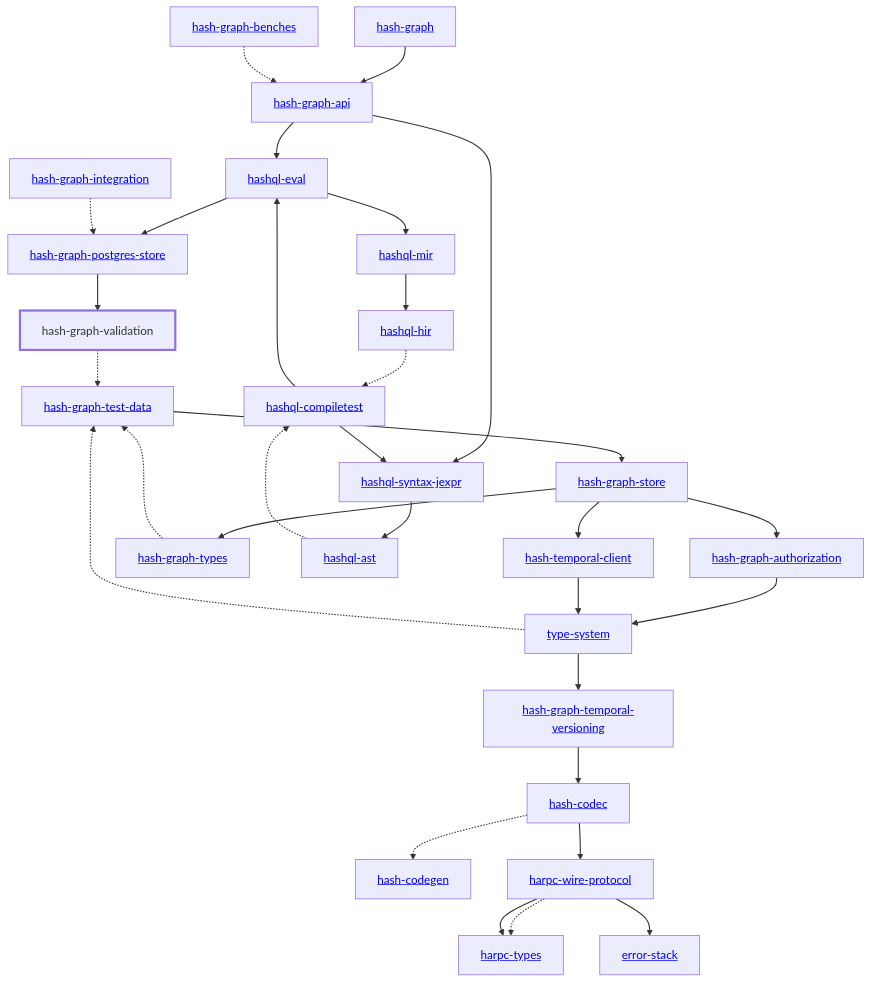
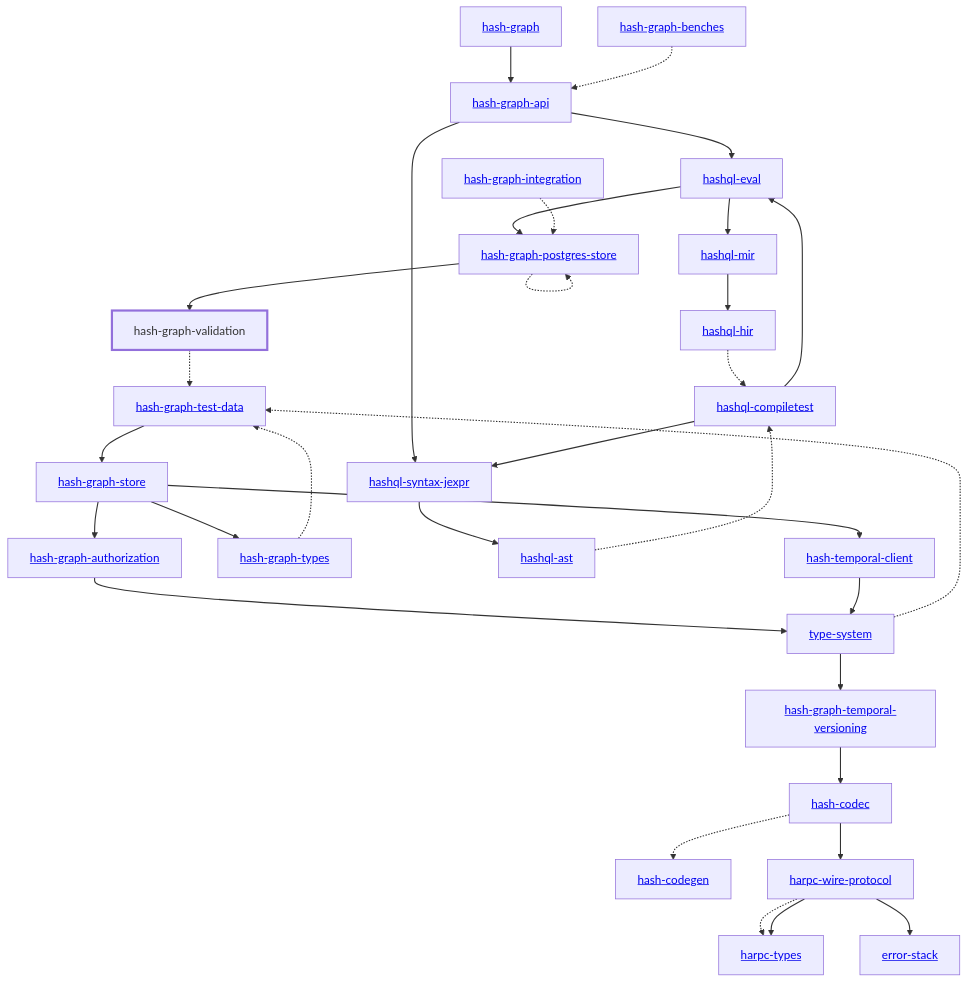
The diagram in libs/@local/graph/validation/docs/dependency-diagram.mmd (AKJUS/akin-hash), drawn with Mermaid before and after one commit. The commit also changed 93 other files, not shown here.

```diff
--- a/libs/@local/graph/validation/docs/dependency-diagram.mmd
+++ b/libs/@local/graph/validation/docs/dependency-diagram.mmd
@@ -1,65 +1,66 @@
 graph TD
     linkStyle default stroke-width:1.5px
     classDef default stroke-width:1px
     classDef root stroke-width:3px
     classDef dev stroke-width:1px
     classDef build stroke-width:1px
     %% Legend
     %% --> : Normal dependency
     %% -.-> : Dev dependency
     %% ---> : Build dependency
     0[<a href="../hash_graph/index.html">hash-graph</a>]
     1[<a href="../type_system/index.html">type-system</a>]
     2[<a href="../hash_codec/index.html">hash-codec</a>]
     3[<a href="../hash_codegen/index.html">hash-codegen</a>]
     4[<a href="../hash_graph_api/index.html">hash-graph-api</a>]
     5[<a href="../hash_graph_authorization/index.html">hash-graph-authorization</a>]
     6[<a href="../hash_graph_postgres_store/index.html">hash-graph-postgres-store</a>]
     7[<a href="../hash_graph_store/index.html">hash-graph-store</a>]
     8[<a href="../hash_graph_temporal_versioning/index.html">hash-graph-temporal-versioning</a>]
     9[<a href="../hash_graph_types/index.html">hash-graph-types</a>]
     10[hash-graph-validation]
     class 10 root
     11[<a href="../harpc_types/index.html">harpc-types</a>]
     12[<a href="../harpc_wire_protocol/index.html">harpc-wire-protocol</a>]
     13[<a href="../hashql_ast/index.html">hashql-ast</a>]
     14[<a href="../hashql_compiletest/index.html">hashql-compiletest</a>]
     15[<a href="../hashql_eval/index.html">hashql-eval</a>]
     16[<a href="../hashql_hir/index.html">hashql-hir</a>]
     17[<a href="../hashql_mir/index.html">hashql-mir</a>]
     18[<a href="../hashql_syntax_jexpr/index.html">hashql-syntax-jexpr</a>]
     19[<a href="../hash_temporal_client/index.html">hash-temporal-client</a>]
     20[<a href="../error_stack/index.html">error-stack</a>]
     21[<a href="../hash_graph_benches/index.html">hash-graph-benches</a>]
     22[<a href="../hash_graph_integration/index.html">hash-graph-integration</a>]
     23[<a href="../hash_graph_test_data/index.html">hash-graph-test-data</a>]
     0 --> 4
     1 --> 8
     1 -.-> 23
     2 -.-> 3
     2 --> 12
     4 --> 15
     4 --> 18
     5 --> 1
+    6 -.-> 6
     6 --> 10
     7 --> 5
     7 --> 9
     7 --> 19
     8 --> 2
     9 -.-> 23
     10 -.-> 23
     12 -.-> 11
     12 --> 11
     12 --> 20
     13 -.-> 14
     14 --> 15
     14 --> 18
     15 --> 6
     15 --> 17
     16 -.-> 14
     17 --> 16
     18 --> 13
     19 --> 1
     21 -.-> 4
     22 -.-> 6
     23 --> 7
```
